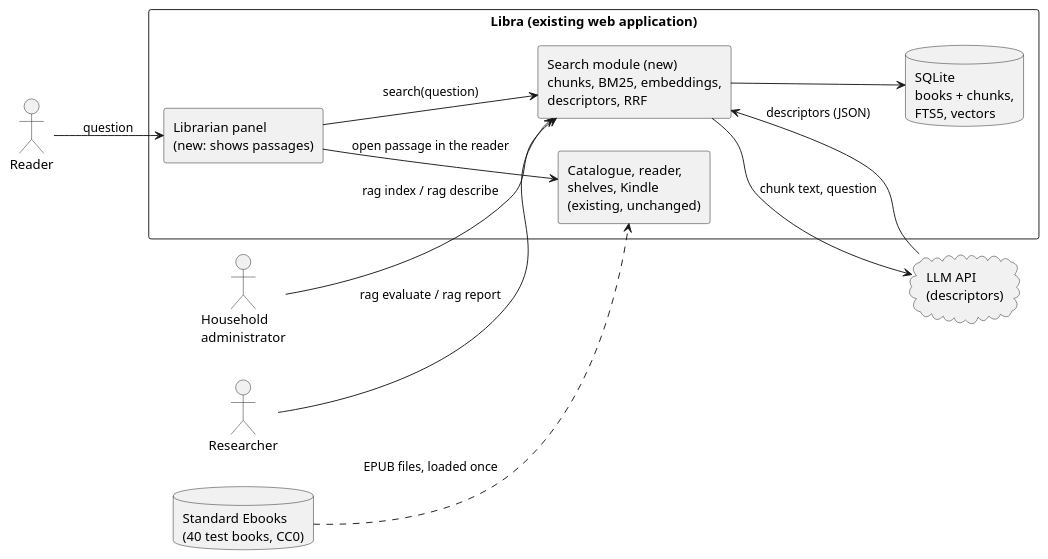
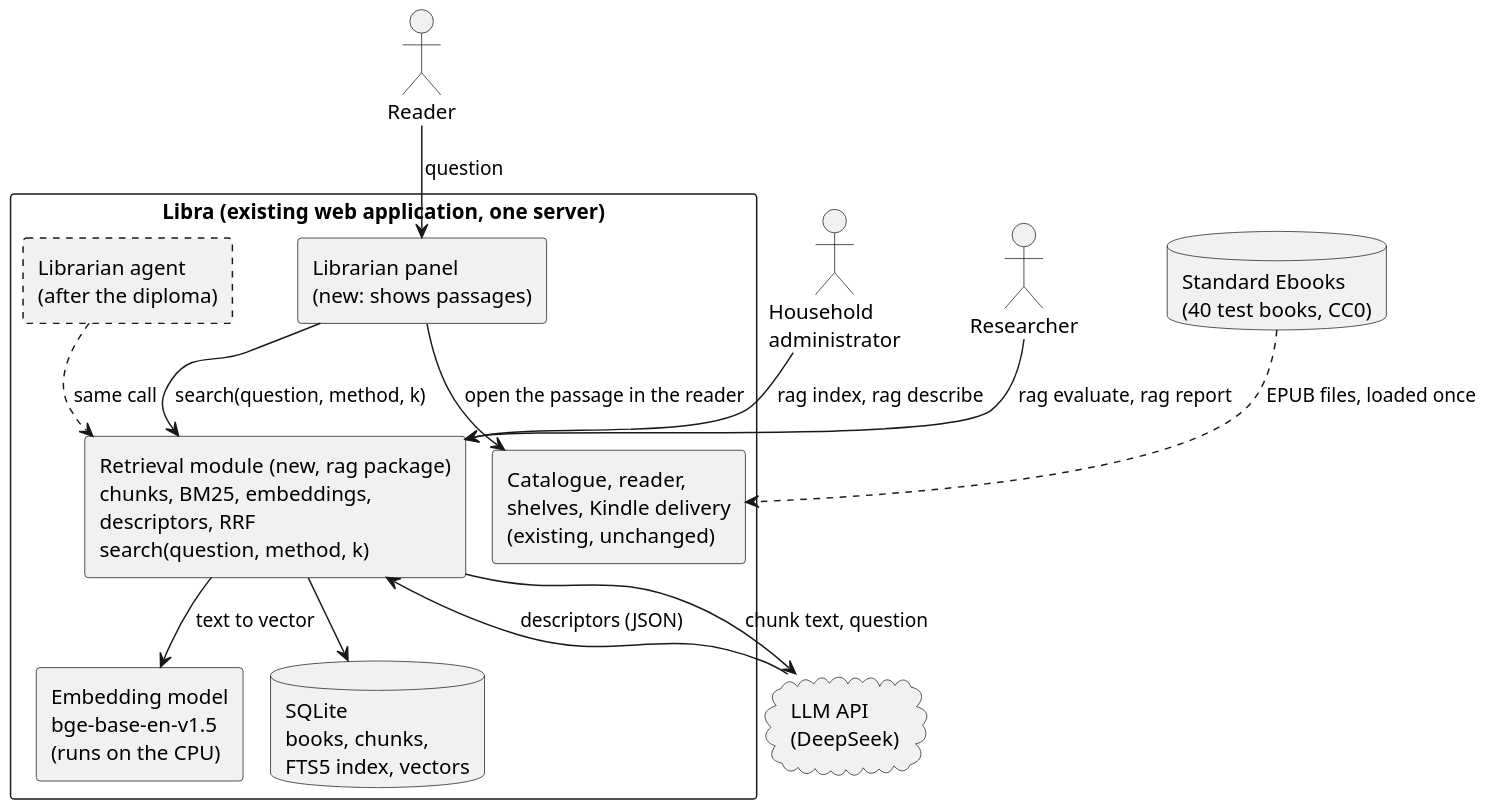
One commit to eugene-chekan/libra changed the diagram in docs/ba/diagrams/context.puml. Above: the diagram before and after it, drawn with PlantUML. The commit also changed 13 other files, not shown here.

First line of the commit message:
docs: render the BA diagrams and draw the influence/interest matrix

```diff
--- a/docs/ba/diagrams/context.puml
+++ b/docs/ba/diagrams/context.puml
@@ -1,33 +1,36 @@
 @startuml context
-' Context diagram: the new search module inside the existing Libra
-' application, its users and the external systems.
-' Render: paste into https://www.plantuml.com/plantuml or use the
-' PlantUML extension in VS Code, then save as context.png here.
-left to right direction
+' Context diagram: the new retrieval module inside the existing Libra
+' application, its users and the external systems (section 2.4 of ba.md).
+!pragma layout smetana
 skinparam shadowing false
 skinparam defaultFontName Arial
+skinparam dpi 150
 
 actor "Reader" as reader
 actor "Household\nadministrator" as admin
 actor "Researcher" as researcher
 
-rectangle "Libra (existing web application)" {
+rectangle "Libra (existing web application, one server)" {
   rectangle "Librarian panel\n(new: shows passages)" as panel
-  rectangle "Search module (new)\nchunks, BM25, embeddings,\ndescriptors, RRF" as search
-  database "SQLite\nbooks + chunks,\nFTS5, vectors" as db
-  rectangle "Catalogue, reader,\nshelves, Kindle\n(existing, unchanged)" as existing
+  rectangle "Librarian agent\n(after the diploma)" as agent #line.dashed
+  rectangle "Retrieval module (new, rag package)\nchunks, BM25, embeddings,\ndescriptors, RRF\nsearch(question, method, k)" as search
+  rectangle "Embedding model\nbge-base-en-v1.5\n(runs on the CPU)" as emb
+  database "SQLite\nbooks, chunks,\nFTS5 index, vectors" as db
+  rectangle "Catalogue, reader,\nshelves, Kindle delivery\n(existing, unchanged)" as existing
 }
 
-cloud "LLM API\n(descriptors)" as llm
+cloud "LLM API\n(DeepSeek)" as llm
 database "Standard Ebooks\n(40 test books, CC0)" as se
 
 reader --> panel : question
-panel --> search : search(question)
+panel --> search : search(question, method, k)
+agent ..> search : same call
+search --> emb : text to vector
 search --> db
-panel --> existing : open passage in the reader
-admin --> search : rag index / rag describe
-researcher --> search : rag evaluate / rag report
+panel --> existing : open the passage in the reader
+admin --> search : rag index, rag describe
+researcher --> search : rag evaluate, rag report
 search --> llm : chunk text, question
 llm --> search : descriptors (JSON)
 se ..> existing : EPUB files, loaded once
 @enduml
```
